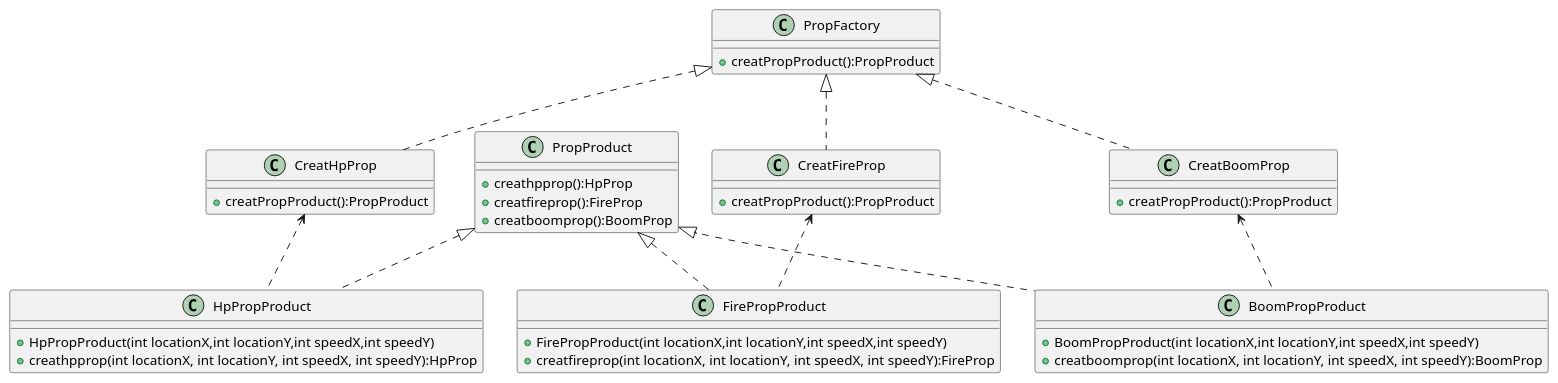
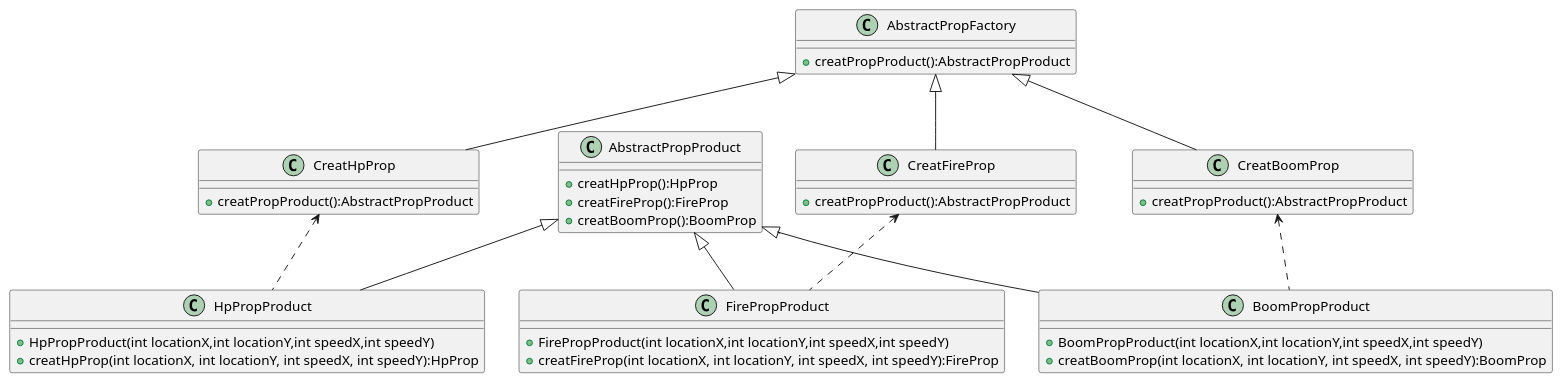
Before and after one commit to violence-max/GameAircraft: the diagram in uml/propfactory.puml, drawn with PlantUML. The commit also changed 16 other files, not shown here.

Commit message:
refactor:重写了单例模式、工厂模式、策略模式和数据访问对象模式的类图，新增了观察者模式和模板方法模式的类图

```diff
--- a/uml/propfactory.puml
+++ b/uml/propfactory.puml
@@ -1,53 +1,53 @@
 @startuml
 'https://plantuml.com/class-diagram
 
 class HpPropProduct{
     + HpPropProduct(int locationX,int locationY,int speedX,int speedY)
-    + creathpprop(int locationX, int locationY, int speedX, int speedY):HpProp
+    + creatHpProp(int locationX, int locationY, int speedX, int speedY):HpProp
 }
 
 class FirePropProduct{
     + FirePropProduct(int locationX,int locationY,int speedX,int speedY)
-    + creatfireprop(int locationX, int locationY, int speedX, int speedY):FireProp
+    + creatFireProp(int locationX, int locationY, int speedX, int speedY):FireProp
 }
 
 class BoomPropProduct{
     + BoomPropProduct(int locationX,int locationY,int speedX,int speedY)
-    + creatboomprop(int locationX, int locationY, int speedX, int speedY):BoomProp
+    + creatBoomProp(int locationX, int locationY, int speedX, int speedY):BoomProp
 }
 
-class PropFactory{
-    + creatPropProduct():PropProduct
+class AbstractPropFactory{
+    + creatPropProduct():AbstractPropProduct
 }
 
-class PropProduct{
-    + creathpprop():HpProp
-    + creatfireprop():FireProp
-    + creatboomprop():BoomProp
+class AbstractPropProduct{
+    + creatHpProp():HpProp
+    + creatFireProp():FireProp
+    + creatBoomProp():BoomProp
 }
 
 class CreatHpProp{
-    + creatPropProduct():PropProduct
+    + creatPropProduct():AbstractPropProduct
 }
 
 class CreatFireProp{
-    + creatPropProduct():PropProduct
+    + creatPropProduct():AbstractPropProduct
 }
 
 class CreatBoomProp{
-    + creatPropProduct():PropProduct
+    + creatPropProduct():AbstractPropProduct
 }
 
-PropFactory <|.. CreatHpProp
-PropFactory <|.. CreatFireProp
-PropFactory <|.. CreatBoomProp
+AbstractPropFactory <|-- CreatHpProp
+AbstractPropFactory <|-- CreatFireProp
+AbstractPropFactory <|-- CreatBoomProp
 
-PropProduct <|.. HpPropProduct
-PropProduct <|.. FirePropProduct
-PropProduct <|.. BoomPropProduct
+AbstractPropProduct <|-- HpPropProduct
+AbstractPropProduct <|-- FirePropProduct
+AbstractPropProduct <|-- BoomPropProduct
 
 CreatHpProp <.. HpPropProduct
 CreatFireProp <.. FirePropProduct
 CreatBoomProp <.. BoomPropProduct
 
 @enduml
```
